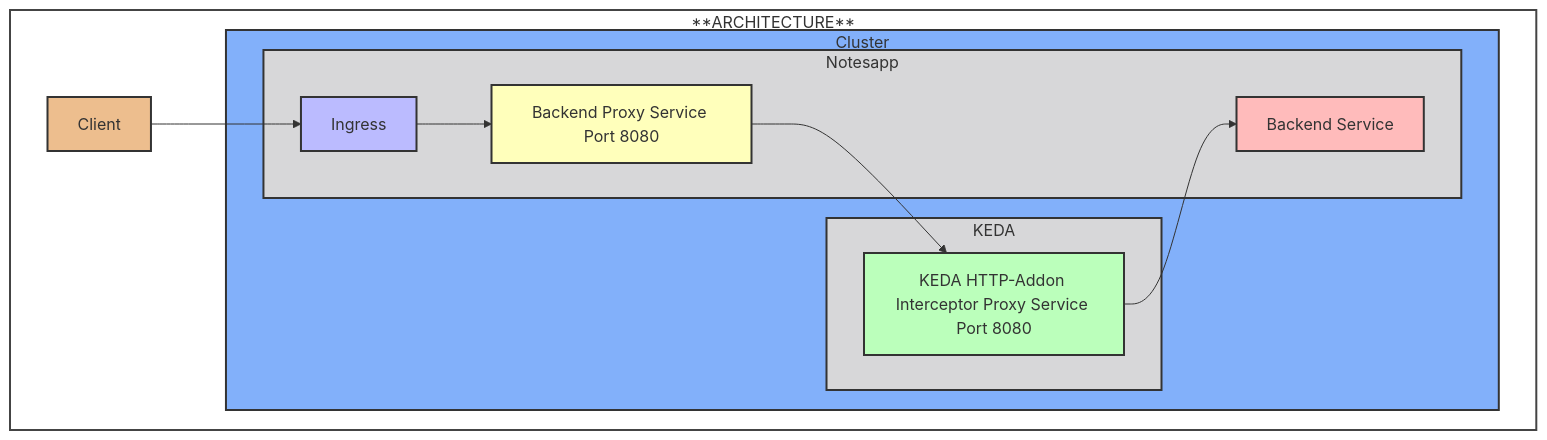
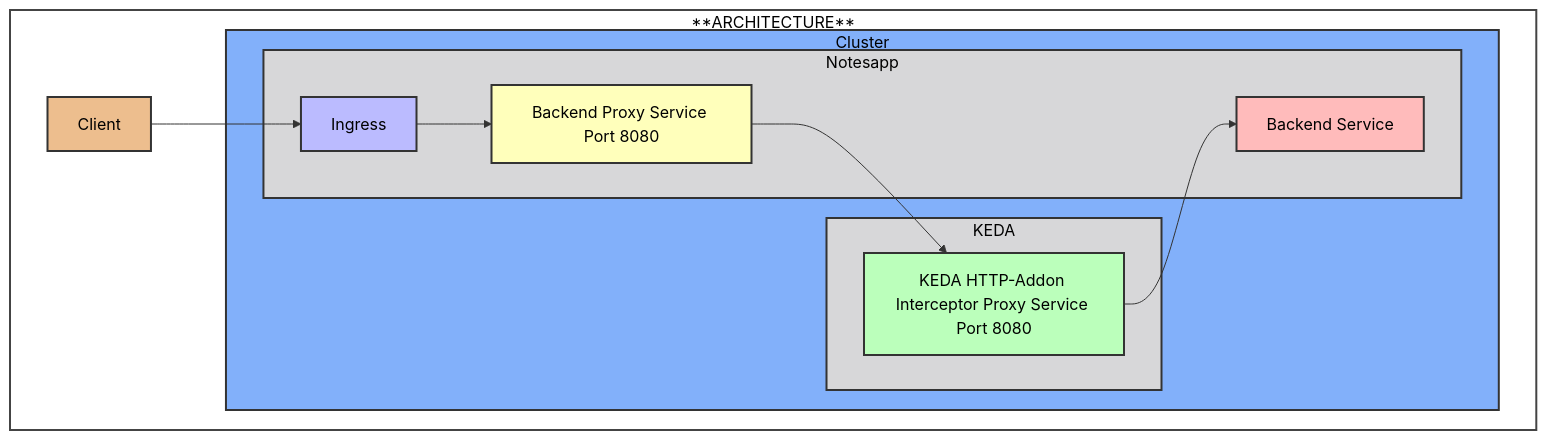
One commit to pmmridul/kubernetes changed the diagram in keda/README.md. Above: the diagram before and after it, drawn with Mermaid.

Commit message:
Update Readme diagram.

````diff
--- a/keda/README.md
+++ b/keda/README.md
@@ -103,32 +103,32 @@
 ```mermaid
 graph TD
     subgraph **ARCHITECTURE**
         Client[Client] --> Ingress[Ingress]
 
         subgraph Cluster
             Ingress --> Proxy[Backend Proxy Service Port 8080]
             Proxy --> Interceptor[KEDA HTTP-Addon Interceptor Proxy Service Port 8080]
             Interceptor --> Backend[Backend Service]
 
             subgraph KEDA
             Interceptor
             end
 
             subgraph Notesapp
             Ingress
             Proxy
             Backend
             end
         end
         end
-        style Client fill:#edbe8e,stroke:#333,stroke-width:2px
-        style Ingress fill:#bbf,stroke:#333,stroke-width:2px
-        style Interceptor fill:#bfb,stroke:#333,stroke-width:2px
-        style Proxy fill:#ffb,stroke:#333,stroke-width:2px
-        style Backend fill:#fbb,stroke:#333,stroke-width:2px
-        style Cluster fill:#82b0fa,stroke:#333,stroke-width:2px
-        style KEDA fill:#d7d7d9,stroke:#333,stroke-width:2px
-        style Notesapp fill:#d7d7d9,stroke:#333,stroke-width:2px
-        style **ARCHITECTURE** fill:#fff,stroke:#444,stroke-width:2px
+        style Client fill:#edbe8e,stroke:#333,stroke-width:2px,color:#000
+        style Ingress fill:#bbf,stroke:#333,stroke-width:2px,color:#000
+        style Interceptor fill:#bfb,stroke:#333,stroke-width:2px,color:#000
+        style Proxy fill:#ffb,stroke:#333,stroke-width:2px,color:#000
+        style Backend fill:#fbb,stroke:#333,stroke-width:2px,color:#000
+        style Cluster fill:#82b0fa,stroke:#333,stroke-width:2px,color:#000
+        style KEDA fill:#d7d7d9,stroke:#333,stroke-width:2px,color:#000
+        style Notesapp fill:#d7d7d9,stroke:#333,stroke-width:2px,color:#000
+        style **ARCHITECTURE** fill:#fff,stroke:#444,stroke-width:2px,color:#000
 
 ```
````
